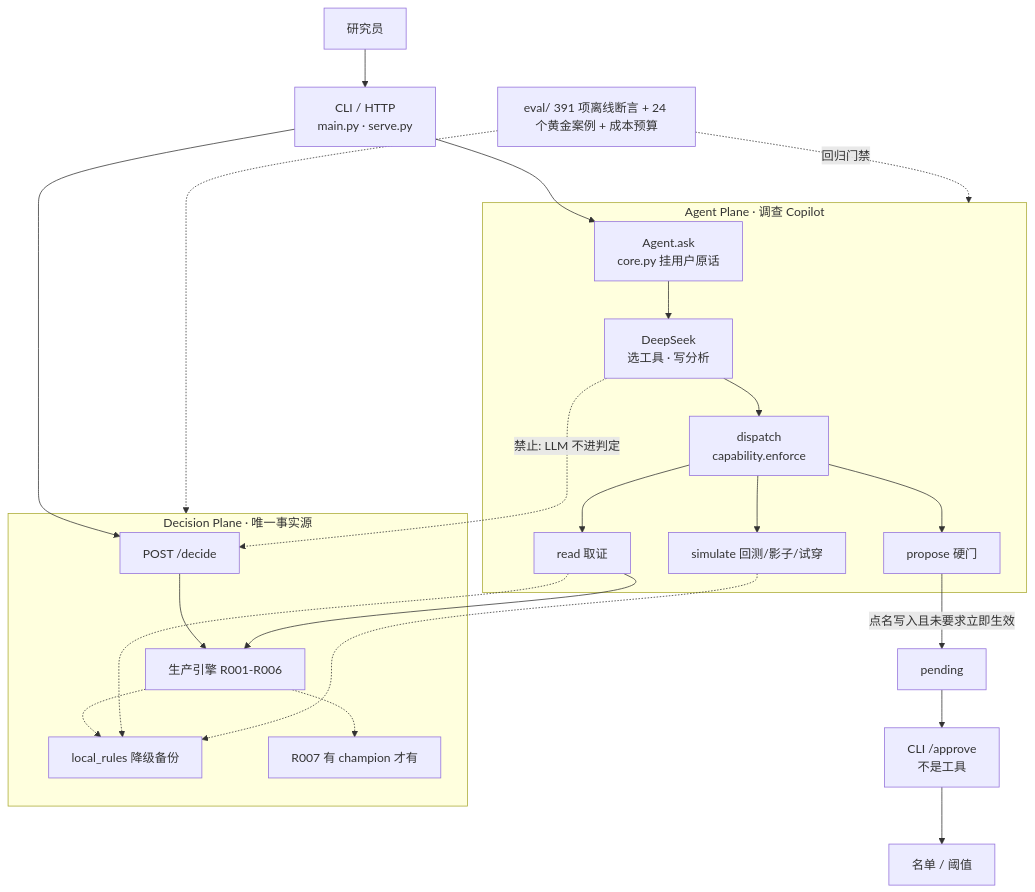
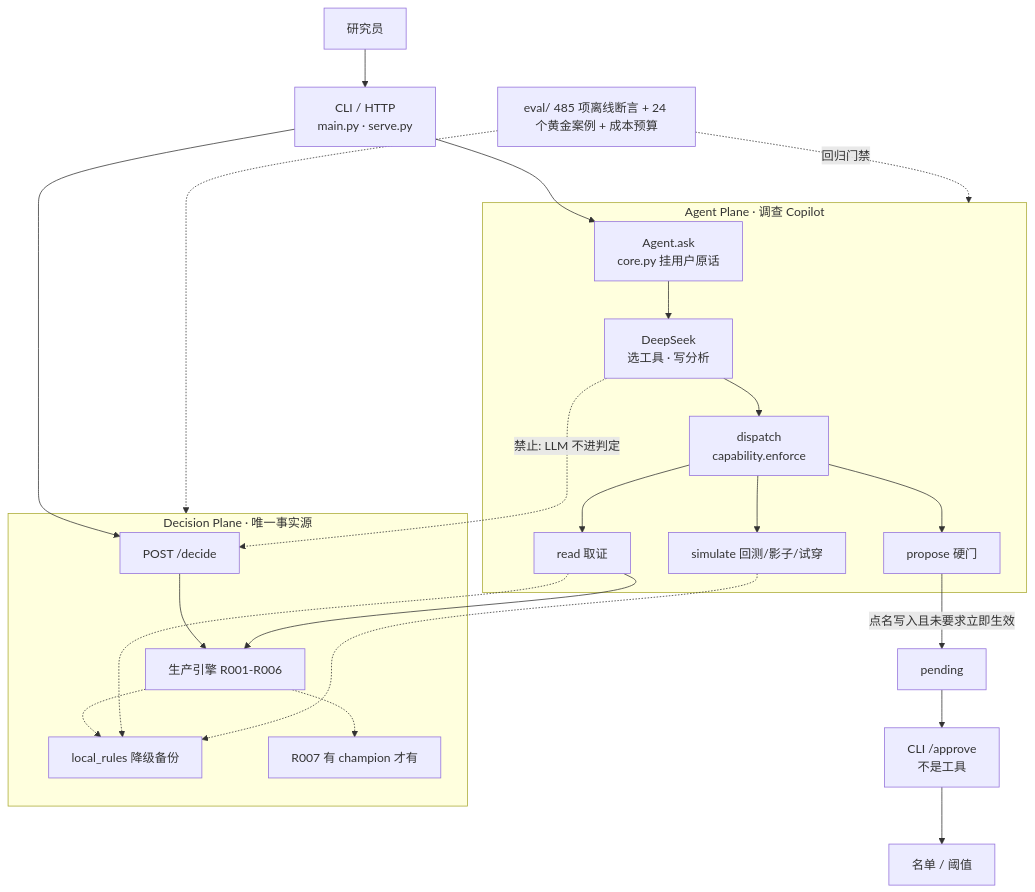
Before and after one commit to 1494389516/fengkong-agent: the diagram in README.md, drawn with Mermaid. The commit also changed other lines of this file and 28 other files, not shown here.

````diff
--- a/README.md
+++ b/README.md
@@ -76,41 +76,41 @@
 ```mermaid
 flowchart TB
     R[研究员] --> CLI["CLI / HTTP<br/>main.py · serve.py"]
     CLI --> ASK
     CLI --> DEC
 
     subgraph AP["Agent Plane · 调查 Copilot"]
         ASK["Agent.ask<br/>core.py 挂用户原话"]
         LLM["DeepSeek<br/>选工具 · 写分析"]
         DISP["dispatch<br/>capability.enforce"]
         READ["read 取证"]
         SIM["simulate 回测/影子/试穿"]
         PROP["propose 硬门"]
         ASK --> LLM --> DISP
         DISP --> READ
         DISP --> SIM
         DISP --> PROP
     end
 
     PROP -->|"点名写入且未要求立即生效"| PEND[pending]
     PEND --> APPR["CLI /approve<br/>不是工具"]
     APPR --> LISTS["名单 / 阈值"]
 
     subgraph DP["Decision Plane · 唯一事实源"]
         DEC["POST /decide"]
         ENG["生产引擎 R001-R006"]
         LOC["local_rules 降级备份"]
         R007["R007 有 champion 才有"]
         DEC --> ENG
         ENG -.-> LOC
         ENG -.-> R007
     end
 
     LLM -.->|禁止: LLM 不进判定| DEC
     READ --> ENG
     READ -.-> LOC
     SIM -.-> LOC
 
-    EVAL[eval/ 391 项离线断言 + 24 个黄金案例 + 成本预算] -. 回归门禁 .-> AP
+    EVAL[eval/ 485 项离线断言 + 24 个黄金案例 + 成本预算] -. 回归门禁 .-> AP
     EVAL -.-> DP
 ```
````
